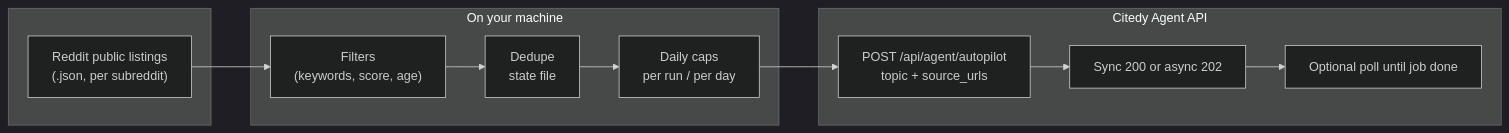
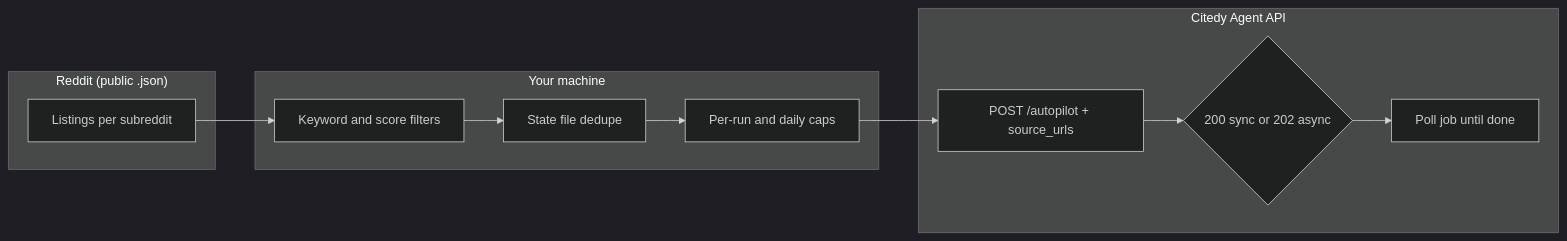
Before and after one commit to citedy/citedy-reddit-writer: the diagram in README.md, drawn with Mermaid (dark theme).

Commit message:
docs(citedy-reddit-writer): fix Mermaid diagram for GitHub render

````diff
--- a/README.md
+++ b/README.md
@@ -74,20 +74,20 @@
 ```mermaid
 flowchart LR
-  subgraph ingest[" "]
-    R["Reddit public listings<br/>(.json, per subreddit)"]
+  subgraph Reddit["Reddit (public .json)"]
+    R[Listings per subreddit]
   end
 
-  subgraph local["On your machine"]
-    F["Filters<br/>(keywords, score, age)"]
-    D["Dedupe<br/>state file"]
-    C["Daily caps<br/>per run / per day"]
+  subgraph Local["Your machine"]
+    F[Keyword and score filters]
+    D[State file dedupe]
+    C[Per-run and daily caps]
   end
 
-  subgraph citedy["Citedy Agent API"]
-    A["POST /api/agent/autopilot<br/>topic + source_urls"]
-    P["Sync 200 or async 202"]
-    Q["Optional poll until job done"]
+  subgraph CitedyAPI["Citedy Agent API"]
+    A["POST /autopilot + source_urls"]
+    P{200 sync or 202 async}
+    Q[Poll job until done]
   end
 
   R --> F --> D --> C --> A --> P --> Q
 ```
````
